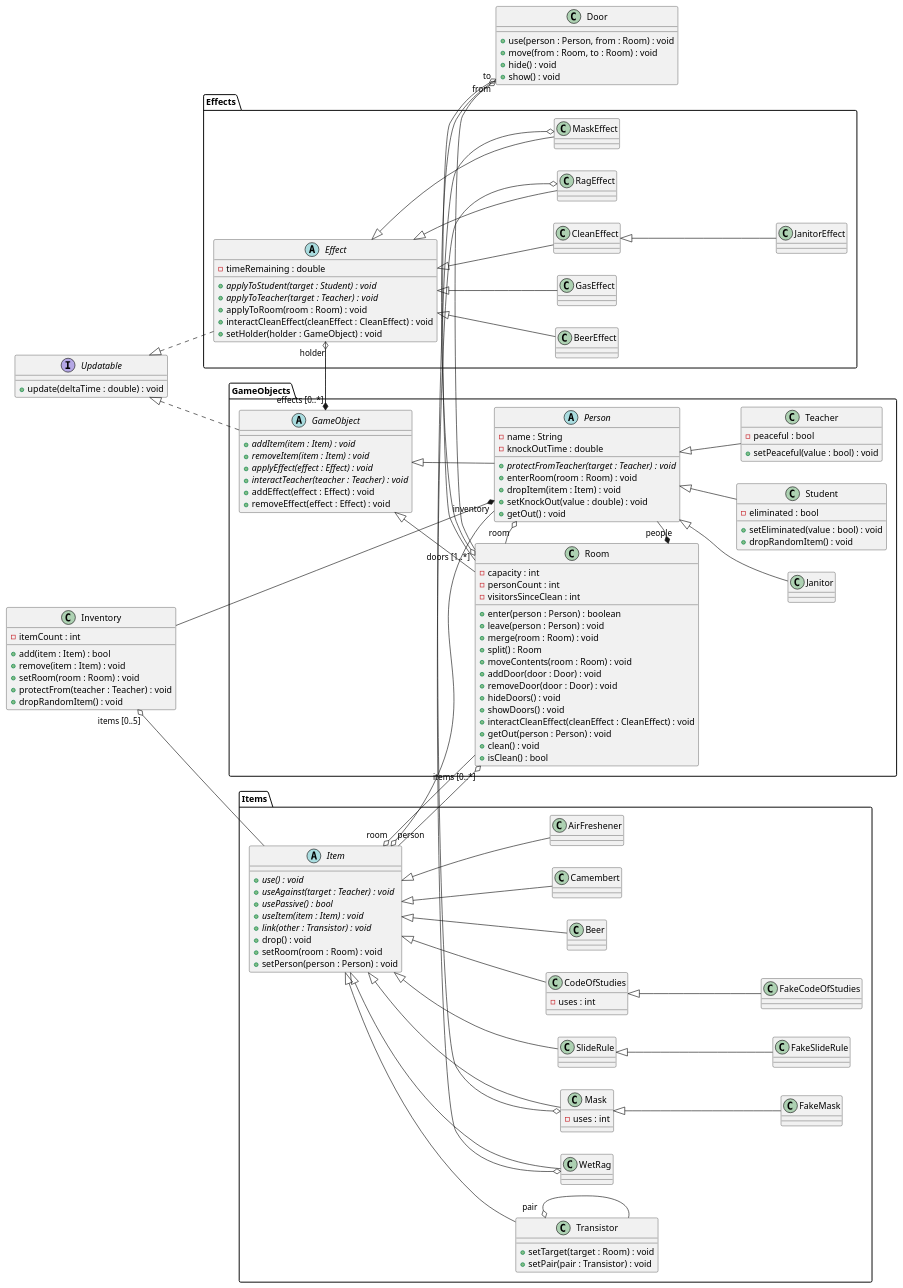
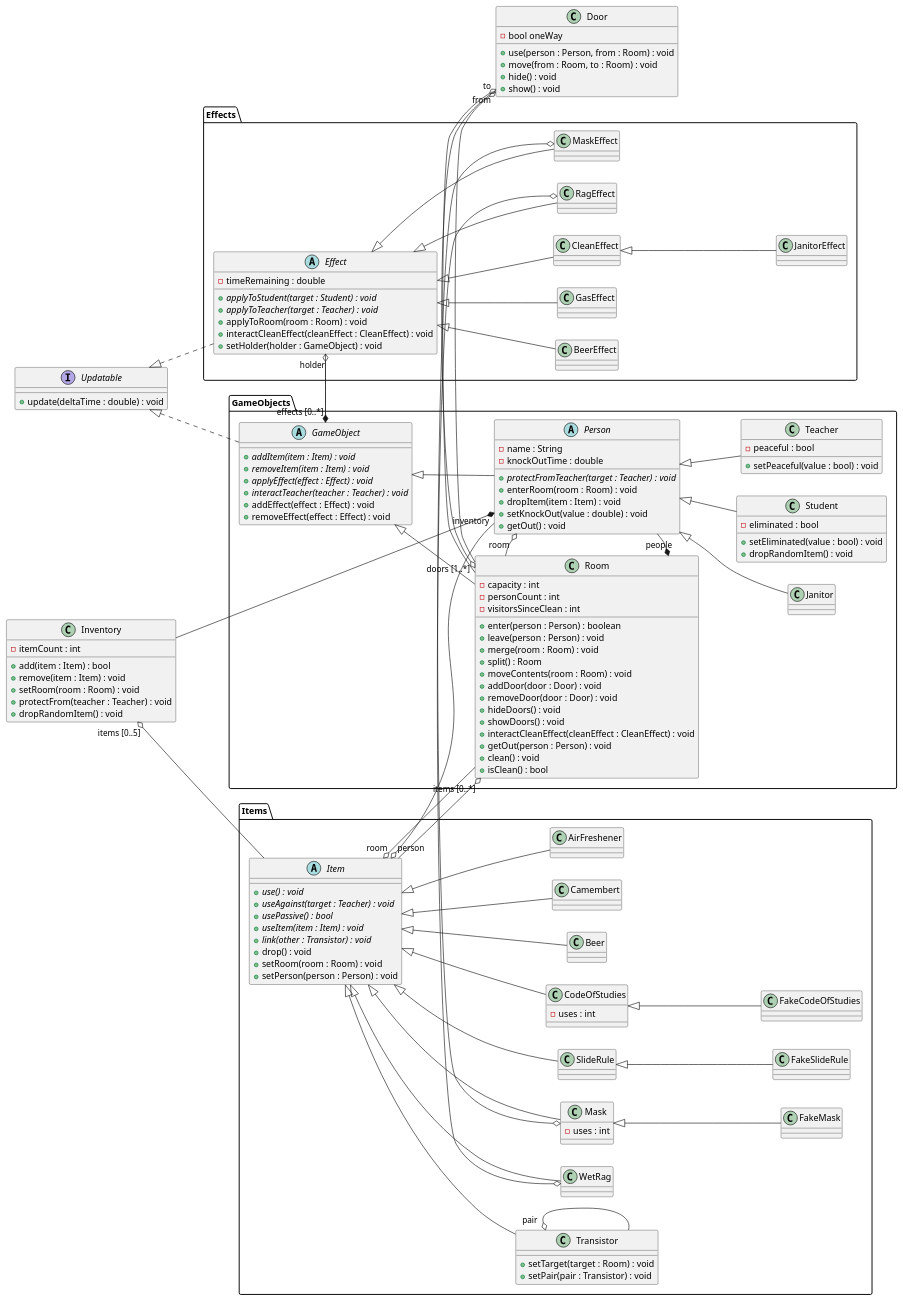
Before and after one commit to sn4k3ch4rm3r/logarlec: the diagram in docs/diagrams/class/overview.puml, drawn with PlantUML. The commit also changed 1 other file, not shown here.

```diff
--- a/docs/diagrams/class/overview.puml
+++ b/docs/diagrams/class/overview.puml
@@ -1,187 +1,188 @@
 @startuml overview
 
 left to right direction
 
 interface Updatable {
 	+ update(deltaTime : double) : void
 }
 
 class Door {
+	- bool oneWay
 	+ use(person : Person, from : Room) : void
 	+ move(from : Room, to : Room) : void
 	+ hide() : void
 	+ show() : void
 }
 
 class Inventory {
 	- itemCount : int
 	+ add(item : Item) : bool
 	+ remove(item : Item) : void
 	+ setRoom(room : Room) : void
 	+ protectFrom(teacher : Teacher) : void
 	+ dropRandomItem() : void
 }
 
 package Items {
 	abstract Item {
 		+ {abstract} use() : void
 		+ {abstract} useAgainst(target : Teacher) : void
 		+ {abstract} usePassive() : bool
 		+ {abstract} useItem(item : Item) : void
 		+ {abstract} link(other : Transistor) : void
 		+ drop() : void
 		+ setRoom(room : Room) : void
 		+ setPerson(person : Person) : void	
 	}
 	
 	class SlideRule
 
 	class FakeSlideRule
 	
 	class Transistor {
 		+ setTarget(target : Room) : void
 		+ setPair(pair : Transistor) : void
 	}
 	
 	class CodeOfStudies {
 		- uses : int
 	}
 
 	class FakeCodeOfStudies
 
 	class Beer 
 	
 	class WetRag 
 	
 	class Mask {
 		- uses : int
 	}
 
 	class FakeMask
 
 	class Camembert
 
 	class AirFreshener
 
 	together {
 		Item <|-- SlideRule
 		Item <|-- Transistor
 		Item <|-- CodeOfStudies
 		Item <|-- Beer
 		Item <|-- WetRag
 		Item <|-- Mask
 		Item <|-- Camembert
 		Item <|-- AirFreshener
 		SlideRule <|-- FakeSlideRule
 		CodeOfStudies <|-- FakeCodeOfStudies
 		Mask <|-- FakeMask
 
 	}
 
 	Transistor "pair" o- Transistor
 }
 
 package Effects {
 	abstract Effect {
 		- timeRemaining : double
 		+ {abstract} applyToStudent(target : Student) : void
 		+ {abstract} applyToTeacher(target : Teacher) : void
 		+ applyToRoom(room : Room) : void
 		+ interactCleanEffect(cleanEffect : CleanEffect) : void
 		+ setHolder(holder : GameObject) : void
 	}
 
 	class BeerEffect
 	class RagEffect
 	class GasEffect
 	class MaskEffect
 	class CleanEffect
 	class JanitorEffect
 
 	together {
 		Effect <|-- BeerEffect
 		Effect <|-- RagEffect
 		Effect <|-- GasEffect
 		Effect <|-- MaskEffect
 		Effect <|-- CleanEffect
 		CleanEffect <|-- JanitorEffect
 	}
 	
 	Updatable <|.- Effect
 }
 
 package GameObjects {
 	abstract GameObject {
 		+ {abstract} addItem(item : Item) : void
 		+ {abstract} removeItem(item : Item) : void
 		+ {abstract} applyEffect(effect : Effect) : void
 		+ {abstract} interactTeacher(teacher : Teacher) : void
 		+ addEffect(effect : Effect) : void
 		+ removeEffect(effect : Effect) : void
 	}
 
 	abstract Person {
 		- name : String
 		- knockOutTime : double
 		+ {abstract} protectFromTeacher(target : Teacher) : void
 		+ enterRoom(room : Room) : void
 		+ dropItem(item : Item) : void
 		+ setKnockOut(value : double) : void
 		+ getOut() : void
 	}
 
 	class Student {
 		- eliminated : bool
 		+ setEliminated(value : bool) : void
 		+ dropRandomItem() : void
 	}
 	class Teacher {
 		- peaceful : bool
 		+ setPeaceful(value : bool) : void
 	}
 	class Janitor
 
 	class Room {
 		- capacity : int
 		- personCount : int
 		- visitorsSinceClean : int
 		+ enter(person : Person) : boolean
 		+ leave(person : Person) : void
 		+ merge(room : Room) : void
 		+ split() : Room
 		+ moveContents(room : Room) : void
 		+ addDoor(door : Door) : void
 		+ removeDoor(door : Door) : void 
 		+ hideDoors() : void
 		+ showDoors() : void
 		+ interactCleanEffect(cleanEffect : CleanEffect) : void
 		+ getOut(person : Person) : void
 		+ clean() : void
 		+ isClean() : bool
 	}
 	
 	Updatable <|.- GameObject
 	GameObject <|-- Person
 	GameObject <|-- Room
 	Person <|-- Teacher
 	Person <|-- Student
 	Person <|-- Janitor
 
 	Room "people" *- Person
 	Person "room" o- Room
 	Room "doors [1..*]" o- Door
 	Person "inventory" *- Inventory
 	GameObject "effects [0..*]" *-- Effect
 	Room "items [0..*]" o-- Item
 }
 
 Door "from" o- Room
 Door "to" o- Room
 Inventory "items [0..5]" o-- Item
 Item "room" o-- Room
 Item "person" o-- Person
 Effect "holder" o-- GameObject
 
 WetRag o-o RagEffect
 Mask o-o MaskEffect
 @enduml
```
